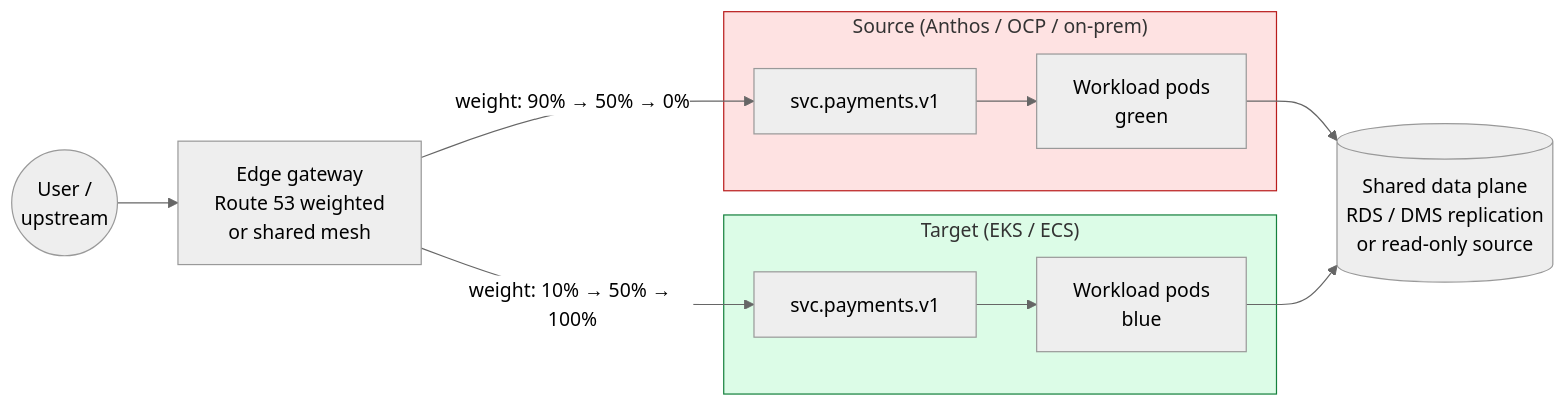
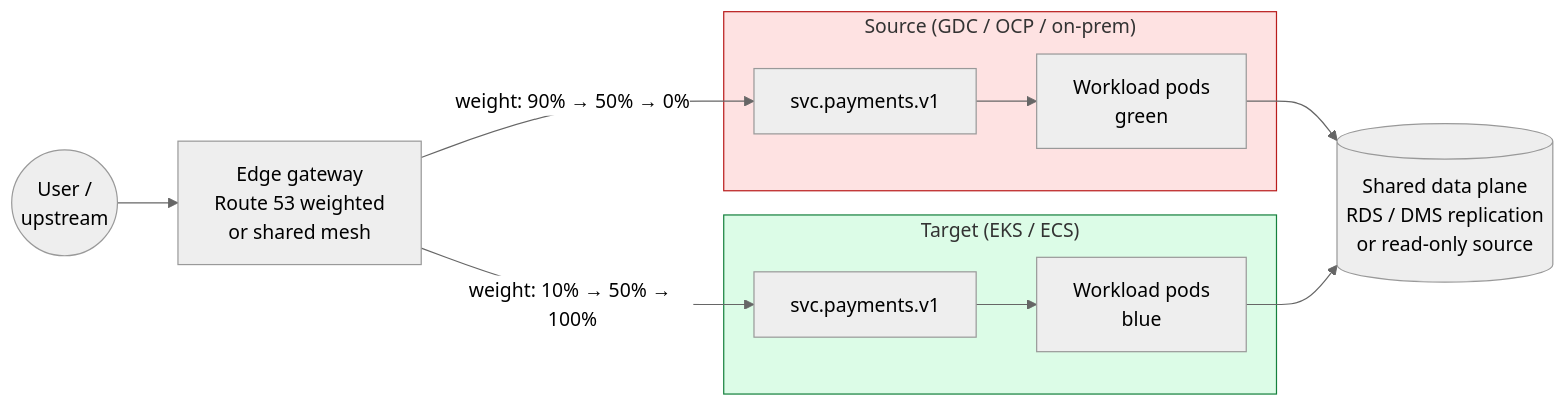
The fourth of 4 diagrams in docs/architecture/diagrams.md (snese/agentic-container-migration-framework), drawn with Mermaid (neutral theme) before and after one commit. The commit also changed other lines of this file and 39 other files, not shown here.

````diff
--- a/docs/architecture/diagrams.md
+++ b/docs/architecture/diagrams.md
@@ -133,28 +134,28 @@
 ```mermaid
 flowchart LR
     U((User /<br/>upstream)) --> GW[Edge gateway<br/>Route 53 weighted<br/>or shared mesh]
 
-    subgraph SRC2["Source (Anthos / OCP / on-prem)"]
+    subgraph SRC2["Source (GDC / OCP / on-prem)"]
         SVC1[svc.payments.v1]
         WL1[Workload pods<br/>green]
         SVC1 --> WL1
     end
 
     subgraph TGT2["Target (EKS / ECS)"]
         SVC2[svc.payments.v1]
         WL2[Workload pods<br/>blue]
         SVC2 --> WL2
     end
 
     GW -- "weight: 90% → 50% → 0%" --> SVC1
     GW -- "weight: 10% → 50% → 100%" --> SVC2
 
     DB[(Shared data plane<br/>RDS / DMS replication<br/>or read-only source)]
     WL1 --> DB
     WL2 --> DB
 
     classDef src fill:#fee2e2,stroke:#b91c1c;
     classDef tgt fill:#dcfce7,stroke:#15803d;
     class SRC2 src;
     class TGT2 tgt;
 ```
````
